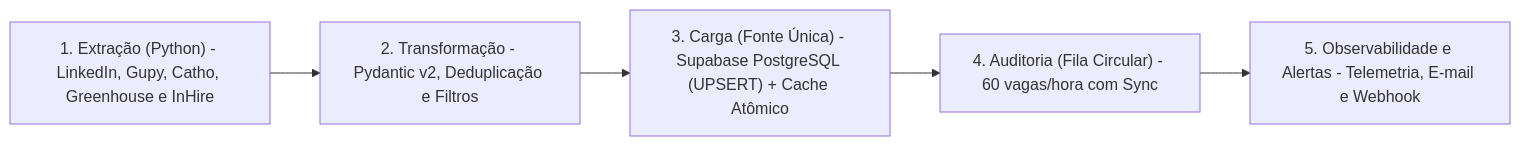
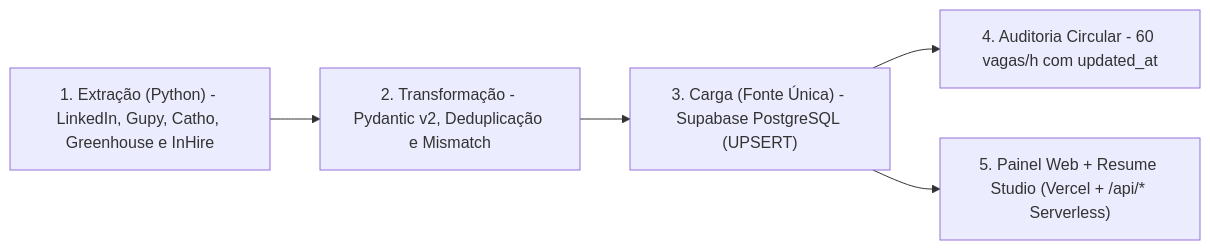
The diagram in README.md (joaofr-tech/estagio-bot-ai), drawn with Mermaid before and after one commit. The commit also changed other lines of this file and 20 other files, not shown here.

Commit message:
chore(release): corrige bloqueadores de prontidao, RLS/schema, fail-fast ETL, CI e docs v1.0.0

````diff
--- a/README.md
+++ b/README.md
@@ -41,7 +38,7 @@
 ```mermaid
 flowchart LR
-    E["1. Extração (Python) - LinkedIn, Gupy, Catho, Greenhouse e InHire"] --> T["2. Transformação - Pydantic v2, Deduplicação e Filtros"]
-    T --> L["3. Carga (Fonte Única) - Supabase PostgreSQL (UPSERT) + Cache Atômico"]
-    L --> A["4. Auditoria (Fila Circular) - 60 vagas/hora com Sync"]
-    A --> O["5. Observabilidade e Alertas - Telemetria, E-mail e Webhook"]
+    E["1. Extração (Python) - LinkedIn, Gupy, Catho, Greenhouse e InHire"] --> T["2. Transformação - Pydantic v2, Deduplicação e Mismatch"]
+    T --> L["3. Carga (Fonte Única) - Supabase PostgreSQL (UPSERT)"]
+    L --> A["4. Auditoria Circular - 60 vagas/h com updated_at"]
+    L --> UI["5. Painel Web + Resume Studio (Vercel + /api/* Serverless)"]
 ```
````
